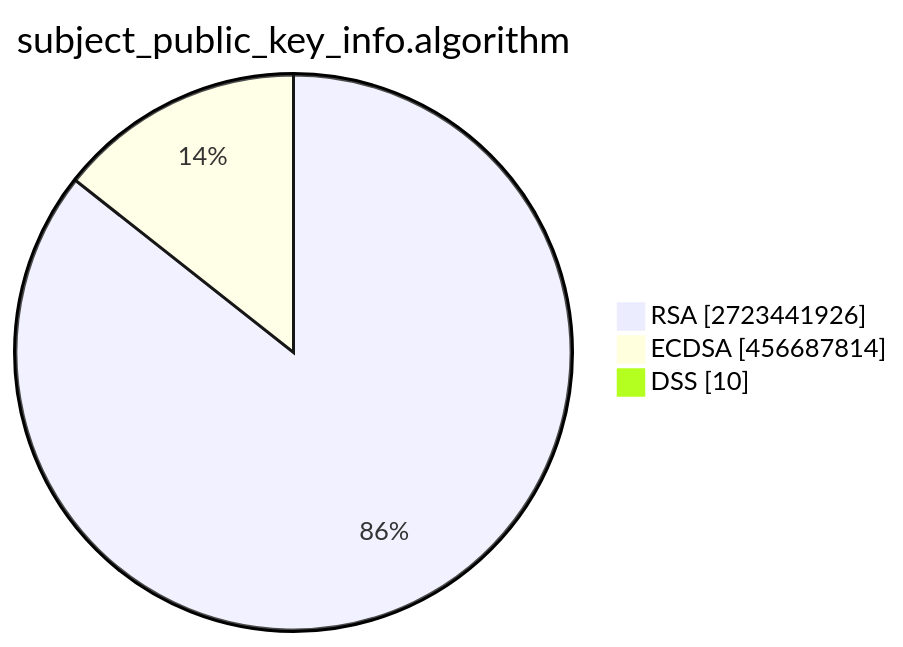
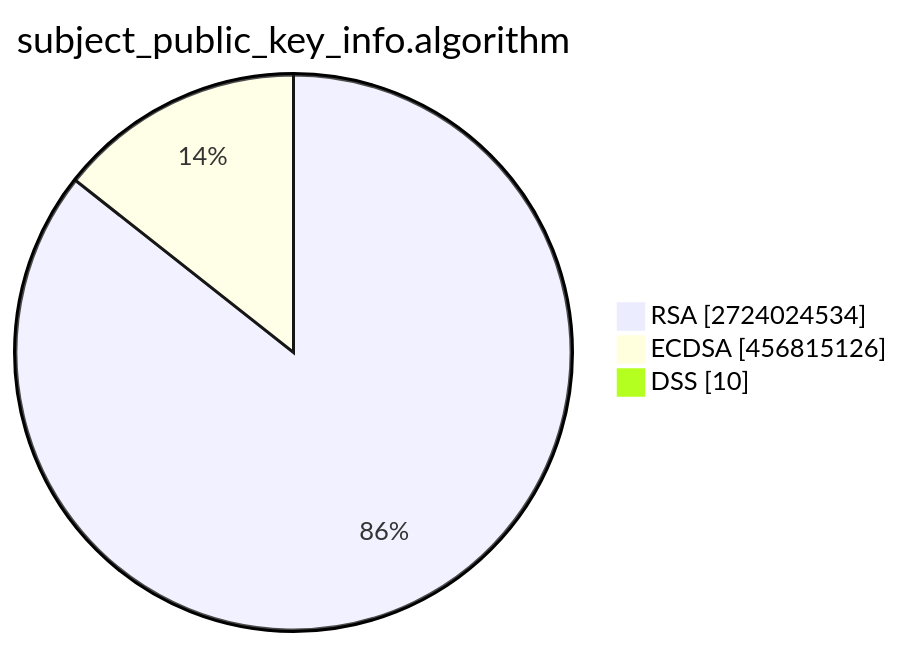
Before and after one commit to christiankrug/ctmonitor_visualization: the second of 15 diagrams in TOTAL/README.md, drawn with Mermaid. The commit also changed other lines of this file, not shown here.

````diff
--- a/TOTAL/README.md
+++ b/TOTAL/README.md
@@ -6,7 +6,7 @@
 ```mermaid
 pie showData
 title subject_public_key_info.algorithm
-"RSA" :2723441926
-"ECDSA" :456687814
+"RSA" :2724024534
+"ECDSA" :456815126
 "DSS" :10
 ```
````
